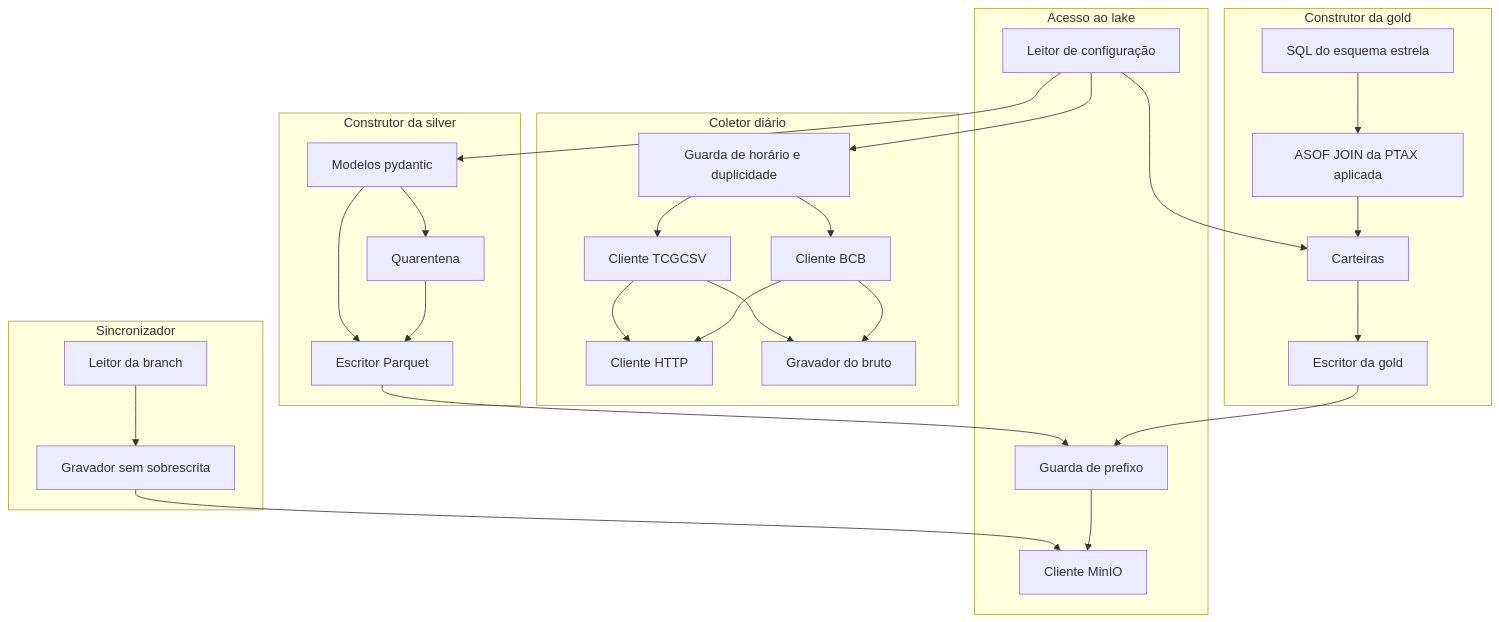
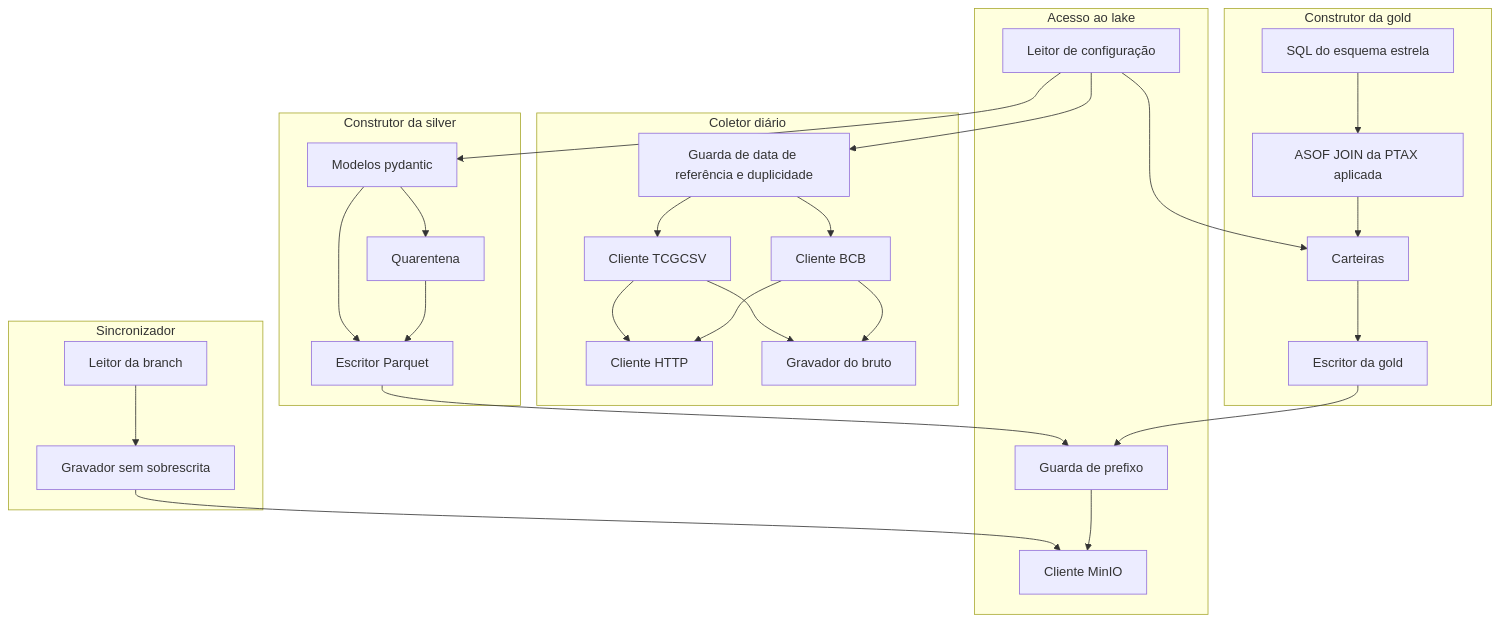
The third of 3 diagrams in specs/plan.md (aukobe/dcs-2026-projeto), drawn with Mermaid before and after one commit. The commit also changed other lines of this file and 5 other files, not shown here.

Commit message:
docs(T-57): ADR-007 e data de referência pelo ciclo do TCGCSV na spec [RF-01, RF-04, RNF-13]

````diff
--- a/specs/plan.md
+++ b/specs/plan.md
@@ -85,59 +85,59 @@
 ```mermaid
 flowchart TB
   subgraph coletor["Coletor diário"]
-    guarda_coleta["Guarda de horário e duplicidade"]
+    guarda_coleta["Guarda de data de referência e duplicidade"]
     http["Cliente HTTP"]
     cli_tcg["Cliente TCGCSV"]
     cli_bcb["Cliente BCB"]
     grav_raw["Gravador do bruto"]
   end
 
   subgraph sinc["Sincronizador"]
     leitor_branch["Leitor da branch"]
     grav_sem_sobrescrita["Gravador sem sobrescrita"]
   end
 
   subgraph lake["Acesso ao lake"]
     cfg["Leitor de configuração"]
     cli_minio["Cliente MinIO"]
     guarda_prefixo["Guarda de prefixo"]
   end
 
   subgraph silver["Construtor da silver"]
     modelos["Modelos pydantic"]
     quarentena["Quarentena"]
     escritor_silver["Escritor Parquet"]
   end
 
   subgraph gold["Construtor da gold"]
     sql_estrela["SQL do esquema estrela"]
     asof["ASOF JOIN da PTAX aplicada"]
     carteiras["Carteiras"]
     escritor_gold["Escritor da gold"]
   end
 
   guarda_coleta --> cli_tcg
   guarda_coleta --> cli_bcb
   cli_tcg --> http
   cli_bcb --> http
   cli_tcg --> grav_raw
   cli_bcb --> grav_raw
 
   leitor_branch --> grav_sem_sobrescrita
   grav_sem_sobrescrita --> cli_minio
 
   modelos --> quarentena
   modelos --> escritor_silver
   quarentena --> escritor_silver
   escritor_silver --> guarda_prefixo
 
   sql_estrela --> asof
   asof --> carteiras
   carteiras --> escritor_gold
   escritor_gold --> guarda_prefixo
 
   guarda_prefixo --> cli_minio
   cfg --> guarda_coleta
   cfg --> modelos
   cfg --> carteiras
 ```
````
